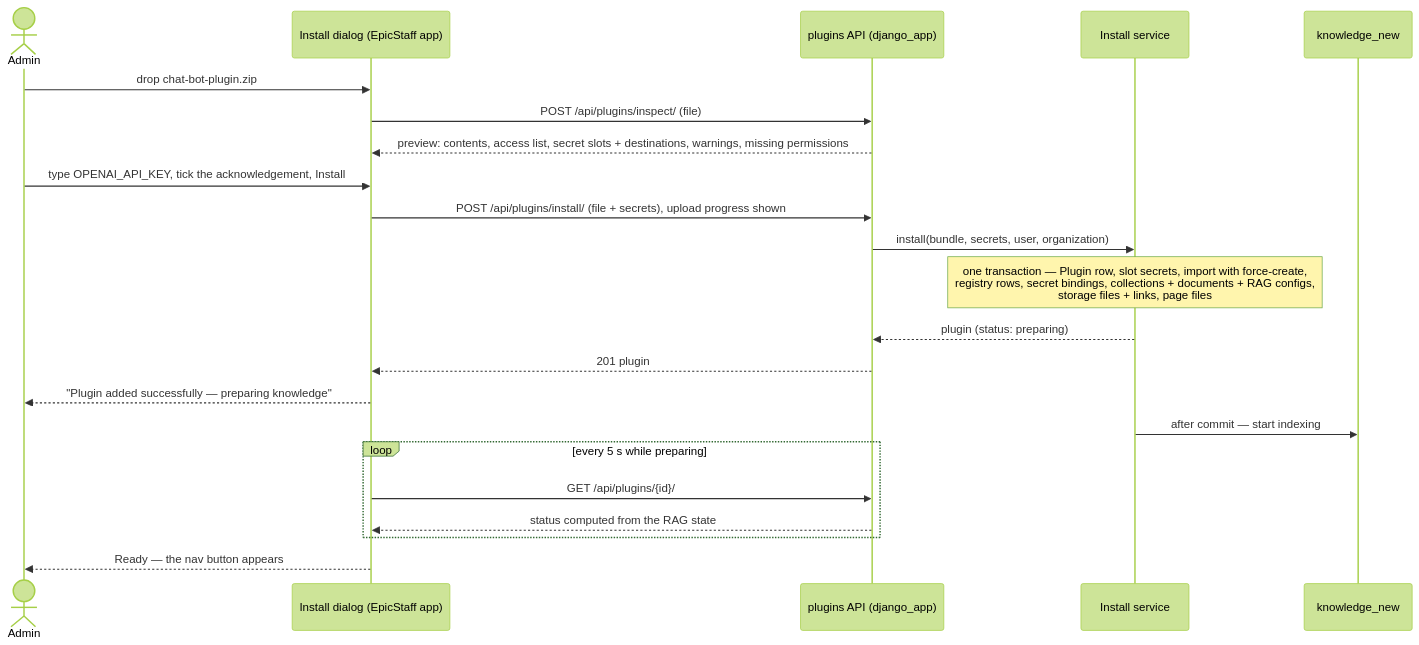
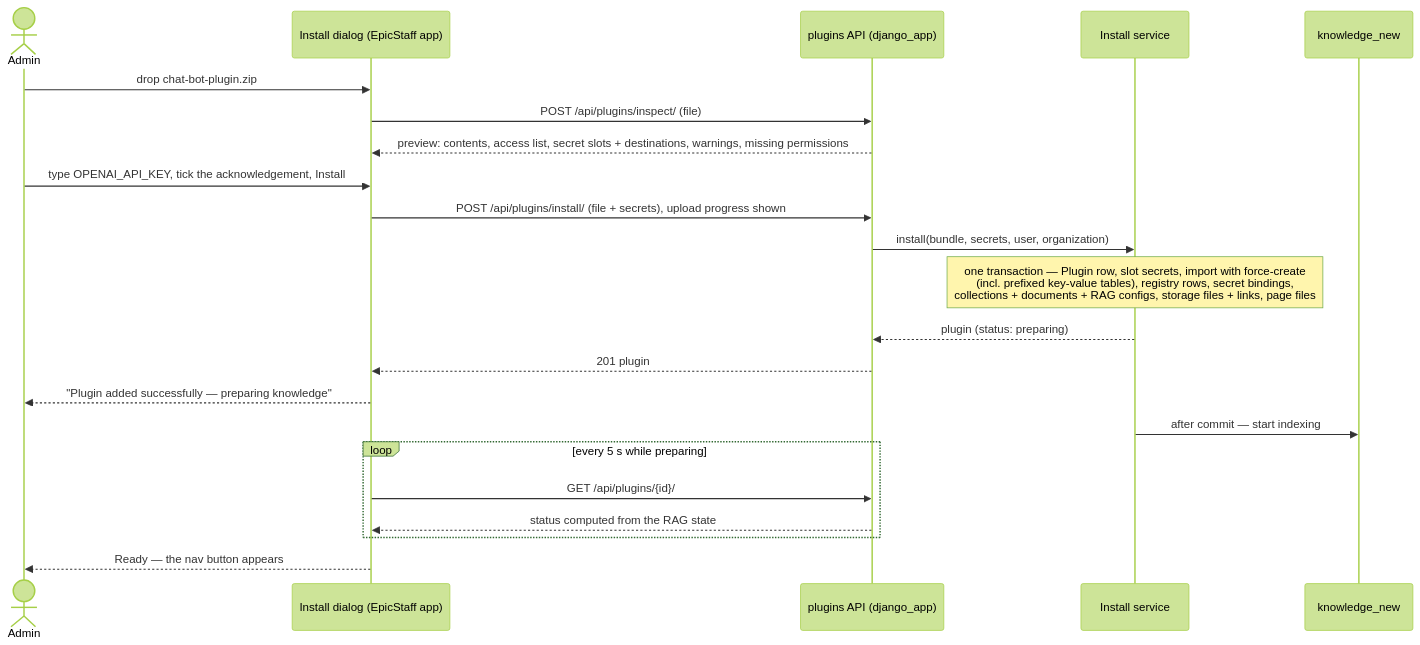
One commit to EpicStaff/EpicStaff changed the diagram in docs/proto/plugins/plugin-package-format.md. Above: the diagram before and after it, drawn with Mermaid (forest theme). The commit also changed other lines of this file and 12 other files, not shown here.

````diff
--- a/docs/proto/plugins/plugin-package-format.md
+++ b/docs/proto/plugins/plugin-package-format.md
@@ -125,25 +171,25 @@
 ```mermaid
 sequenceDiagram
   actor Admin
   participant Dialog as Install dialog (EpicStaff app)
   participant API as plugins API (django_app)
   participant Install as Install service
   participant Know as knowledge_new
 
   Admin->>Dialog: drop chat-bot-plugin.zip
   Dialog->>API: POST /api/plugins/inspect/ (file)
   API-->>Dialog: preview: contents, access list, secret slots + destinations, warnings, missing permissions
   Admin->>Dialog: type OPENAI_API_KEY, tick the acknowledgement, Install
   Dialog->>API: POST /api/plugins/install/ (file + secrets), upload progress shown
   API->>Install: install(bundle, secrets, user, organization)
-  Note over Install: one transaction — Plugin row, slot secrets, import with force-create,<br/>registry rows, secret bindings, collections + documents + RAG configs,<br/>storage files + links, page files
+  Note over Install: one transaction — Plugin row, slot secrets, import with force-create<br/>(incl. prefixed key-value tables), registry rows, secret bindings,<br/>collections + documents + RAG configs, storage files + links, page files
   Install-->>API: plugin (status: preparing)
   API-->>Dialog: 201 plugin
   Dialog-->>Admin: "Plugin added successfully — preparing knowledge"
   Install->>Know: after commit — start indexing
   loop every 5 s while preparing
     Dialog->>API: GET /api/plugins/{id}/
     API-->>Dialog: status computed from the RAG state
   end
   Dialog-->>Admin: Ready — the nav button appears
 ```
````
